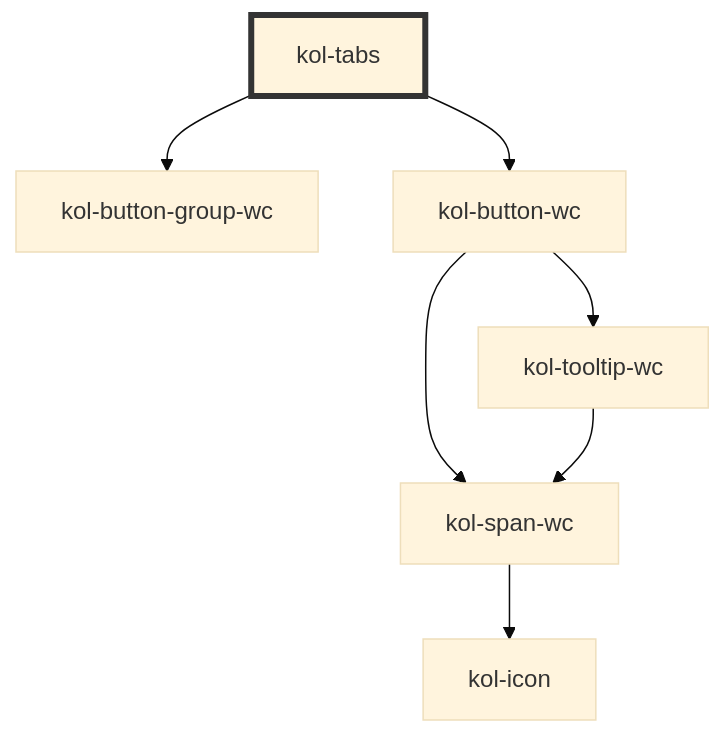
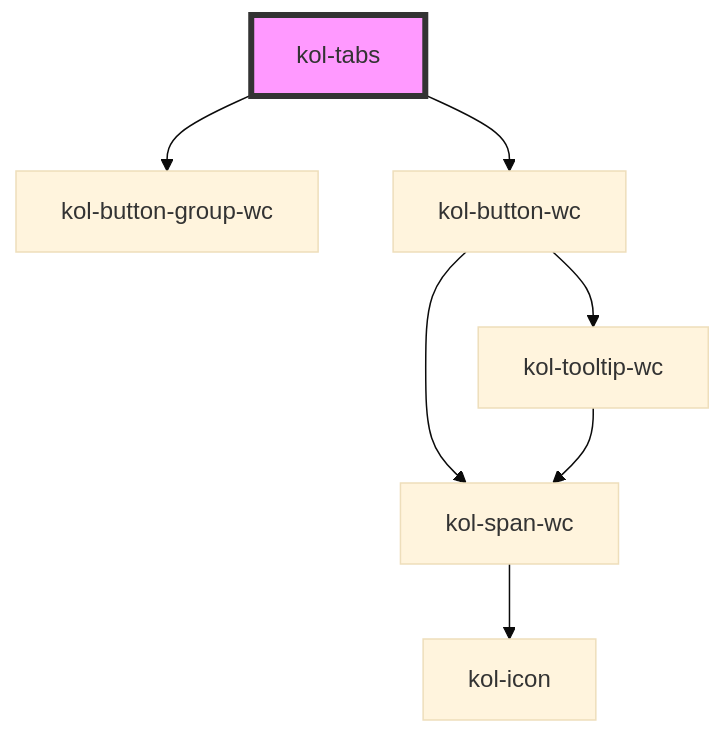
One commit to public-ui/kolibri changed the diagram in packages/components/src/components/tabs/readme.md. Above: the diagram before and after it, drawn with Mermaid (base theme). The commit also changed other lines of this file and 3 other files, not shown here.

````diff
--- a/packages/components/src/components/tabs/readme.md
+++ b/packages/components/src/components/tabs/readme.md
@@ -112,10 +113,10 @@
 ```mermaid
 graph TD;
   kol-tabs --> kol-button-group-wc
   kol-tabs --> kol-button-wc
   kol-button-wc --> kol-span-wc
   kol-button-wc --> kol-tooltip-wc
   kol-span-wc --> kol-icon
   kol-tooltip-wc --> kol-span-wc
-  style kol-tabs stroke:#333,stroke-width:4px
+  style kol-tabs fill:#f9f,stroke:#333,stroke-width:4px
 ```
````
